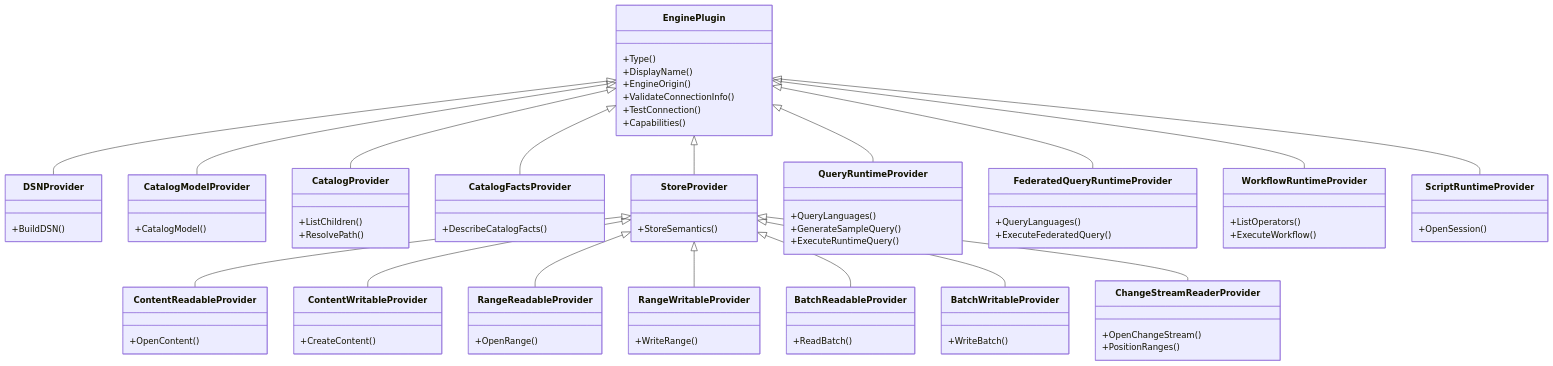
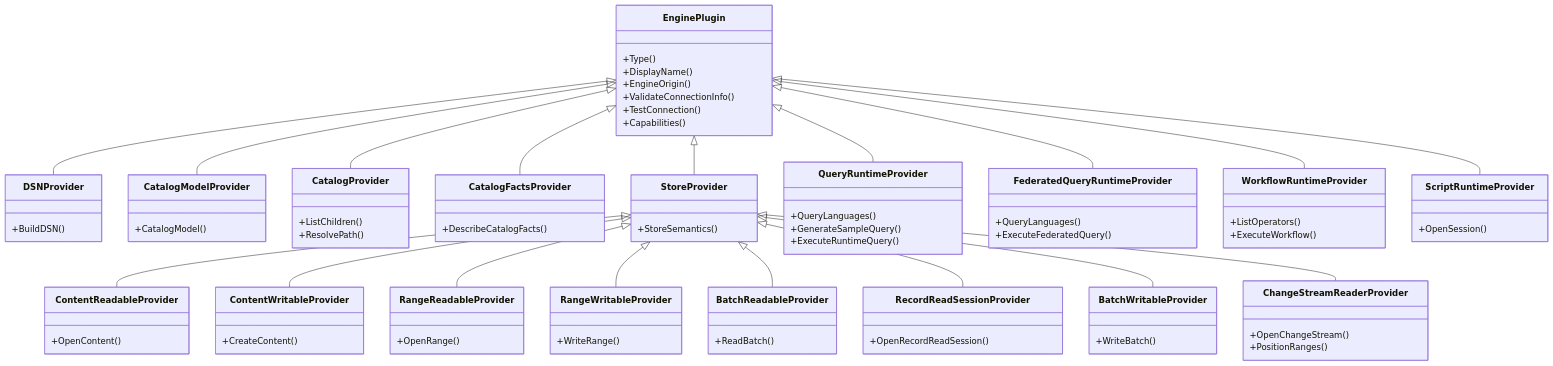
Before and after one commit to pampa0629/addp: the second of 3 diagrams in docs/concepts/addp引擎体系图.md, drawn with Mermaid. The commit also changed other lines of this file and 171 other files, not shown here.

```diff
--- a/docs/concepts/addp引擎体系图.md
+++ b/docs/concepts/addp引擎体系图.md
@@ -126,6 +126,10 @@
         +ReadBatch()
     }
 
+    class RecordReadSessionProvider {
+        +OpenRecordReadSession()
+    }
+
     class BatchWritableProvider {
         +WriteBatch()
     }
@@ -165,6 +169,7 @@
     StoreProvider <|-- RangeReadableProvider
     StoreProvider <|-- RangeWritableProvider
     StoreProvider <|-- BatchReadableProvider
+    StoreProvider <|-- RecordReadSessionProvider
     StoreProvider <|-- BatchWritableProvider
     StoreProvider <|-- ChangeStreamReaderProvider
     EnginePlugin <|-- QueryRuntimeProvider
```
